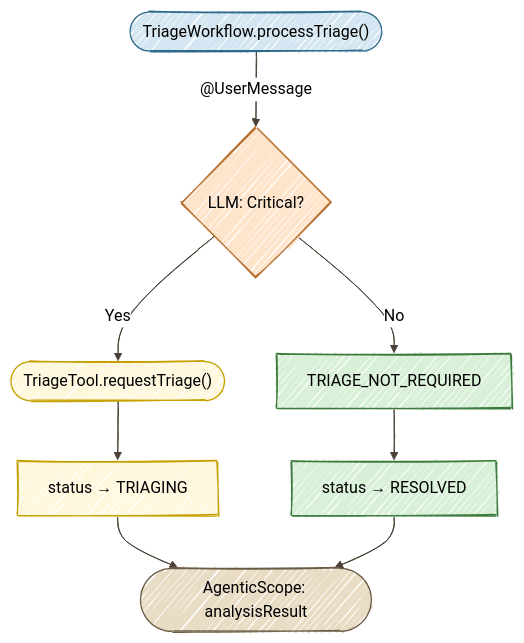
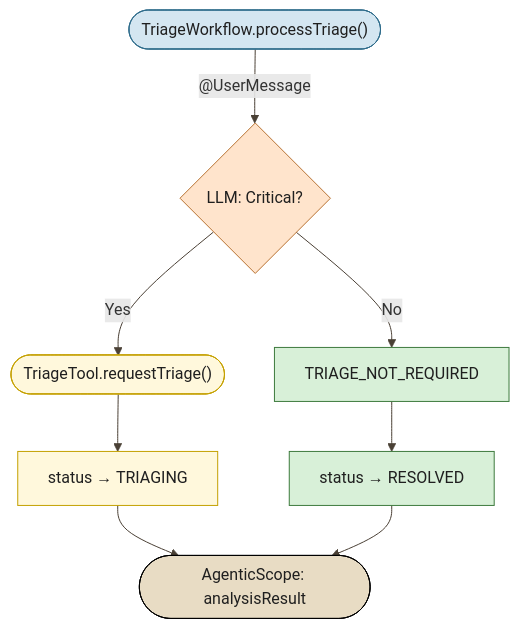
Before and after one commit to danieloh30/agentic-ai-java-workshop: the diagram in docs/01-first-agent/START_HERE.md, drawn with Mermaid.

Commit message:
docs: make Mermaid node text readable in dark mode (Exercise 1) (#292)

````diff
--- a/docs/01-first-agent/START_HERE.md
+++ b/docs/01-first-agent/START_HERE.md
@@ -162,23 +162,23 @@
 ```mermaid
-%%{init: {'look':'handDrawn','theme':'neutral','themeVariables': {'lineColor':'#4A4035'}}}%%
+%%{init: {'look':'classic','theme':'Forest','themeVariables': {'lineColor':'#4A4035'}}}%%
 flowchart TD
     A(["TriageWorkflow.processTriage()"])
     B{"LLM: Critical?"}
     C(["TriageTool.requestTriage()"])
     D["status → TRIAGING"]
     E["TRIAGE_NOT_REQUIRED"]
     F["status → RESOLVED"]
     G(["AgenticScope: analysisResult"])
 
     A -->|"@UserMessage"| B
     B -->|Yes| C --> D --> G
     B -->|No| E --> F --> G
 
-    style A fill:#D4E6F1,stroke:#2E6B8A
-    style B fill:#FFE4CC,stroke:#B87333
-    style C fill:#FFF8DC,stroke:#C4A000
-    style D fill:#FFF8DC,stroke:#C4A000
-    style E fill:#D8F0D8,stroke:#3D7A3D
-    style F fill:#D8F0D8,stroke:#3D7A3D
-    style G fill:#E8DCC4,stroke:#6B5B45
+    style A fill:#D4E6F1,stroke:#2E6B8A,color:#1F1F1F
+    style B fill:#FFE4CC,stroke:#B87333,color:#1F1F1F
+    style C fill:#FFF8DC,stroke:#C4A000,color:#1F1F1F
+    style D fill:#FFF8DC,stroke:#C4A000,color:#1F1F1F
+    style E fill:#D8F0D8,stroke:#3D7A3D,color:#1F1F1F
+    style F fill:#D8F0D8,stroke:#3D7A3D,color:#1F1F1F
+    style G fill:#E8DCC4,stroke:#000000,color:#1F1F1F
 ```
````
